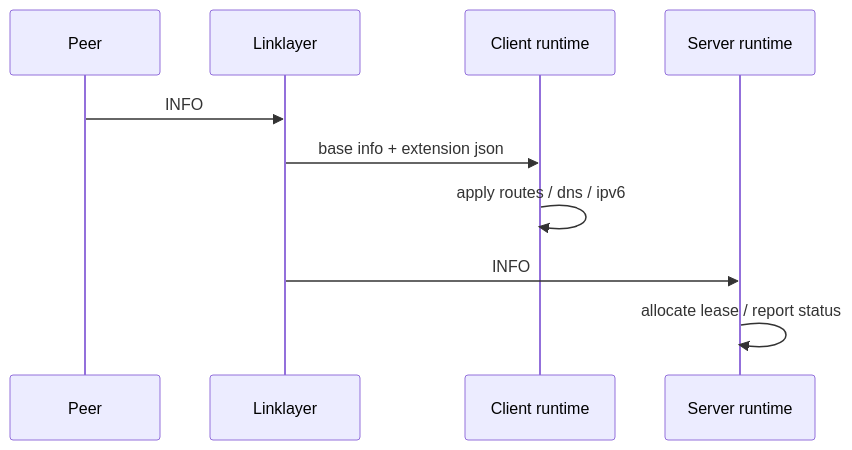
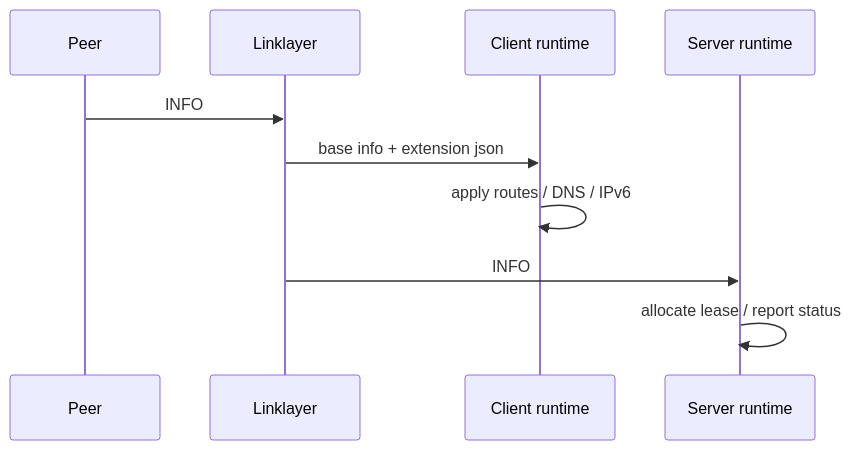
Before and after one commit to HyacinthHaru/openppp2: diagram 13 of 13 in docs/LINKLAYER_PROTOCOL.md, drawn with Mermaid. The commit also changed other lines of this file and 93 other files, not shown here.

````diff
--- a/docs/LINKLAYER_PROTOCOL.md
+++ b/docs/LINKLAYER_PROTOCOL.md
@@ -124,12 +384,12 @@
 ```mermaid
 sequenceDiagram
     participant P as Peer
     participant L as Linklayer
     participant C as Client runtime
     participant S as Server runtime
     P->>L: INFO
     L->>C: base info + extension json
-    C->>C: apply routes / dns / ipv6
+    C->>C: apply routes / DNS / IPv6
     L->>S: INFO
     S->>S: allocate lease / report status
 ```
````
